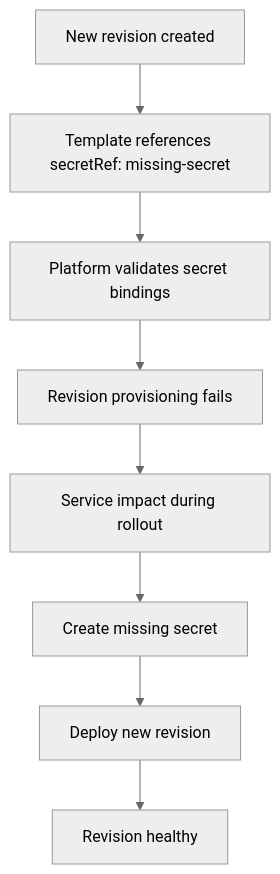
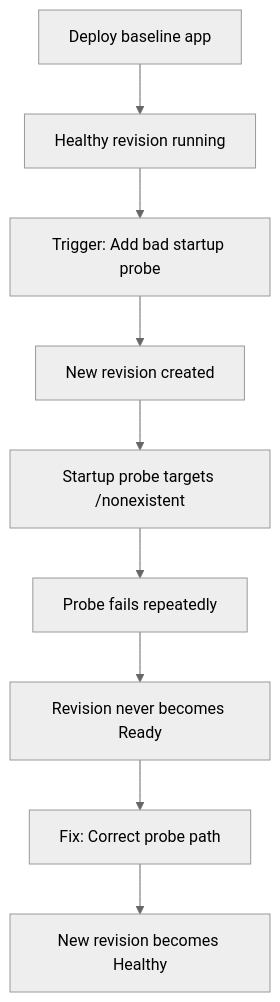
One commit to yeongseon/azure-container-apps-practical-guide changed the diagram in docs/troubleshooting/lab-guides/revision-provisioning-failure.md. Above: the diagram before and after it, drawn with Mermaid (neutral theme). The commit also changed other lines of this file and 9 other files, not shown here.

````diff
--- a/docs/troubleshooting/lab-guides/revision-provisioning-failure.md
+++ b/docs/troubleshooting/lab-guides/revision-provisioning-failure.md
@@ -23,10 +23,11 @@
 ```mermaid
 flowchart TD
-    A[New revision created] --> B[Template references secretRef: missing-secret]
-    B --> C[Platform validates secret bindings]
-    C --> D[Revision provisioning fails]
-    D --> E[Service impact during rollout]
-    E --> F[Create missing secret]
-    F --> G[Deploy new revision]
-    G --> H[Revision healthy]
+    A[Deploy baseline app] --> B[Healthy revision running]
+    B --> C[Trigger: Add bad startup probe]
+    C --> D[New revision created]
+    D --> E[Startup probe targets /nonexistent]
+    E --> F[Probe fails repeatedly]
+    F --> G[Revision never becomes Ready]
+    G --> H[Fix: Correct probe path]
+    H --> I[New revision becomes Healthy]
 ```
````
